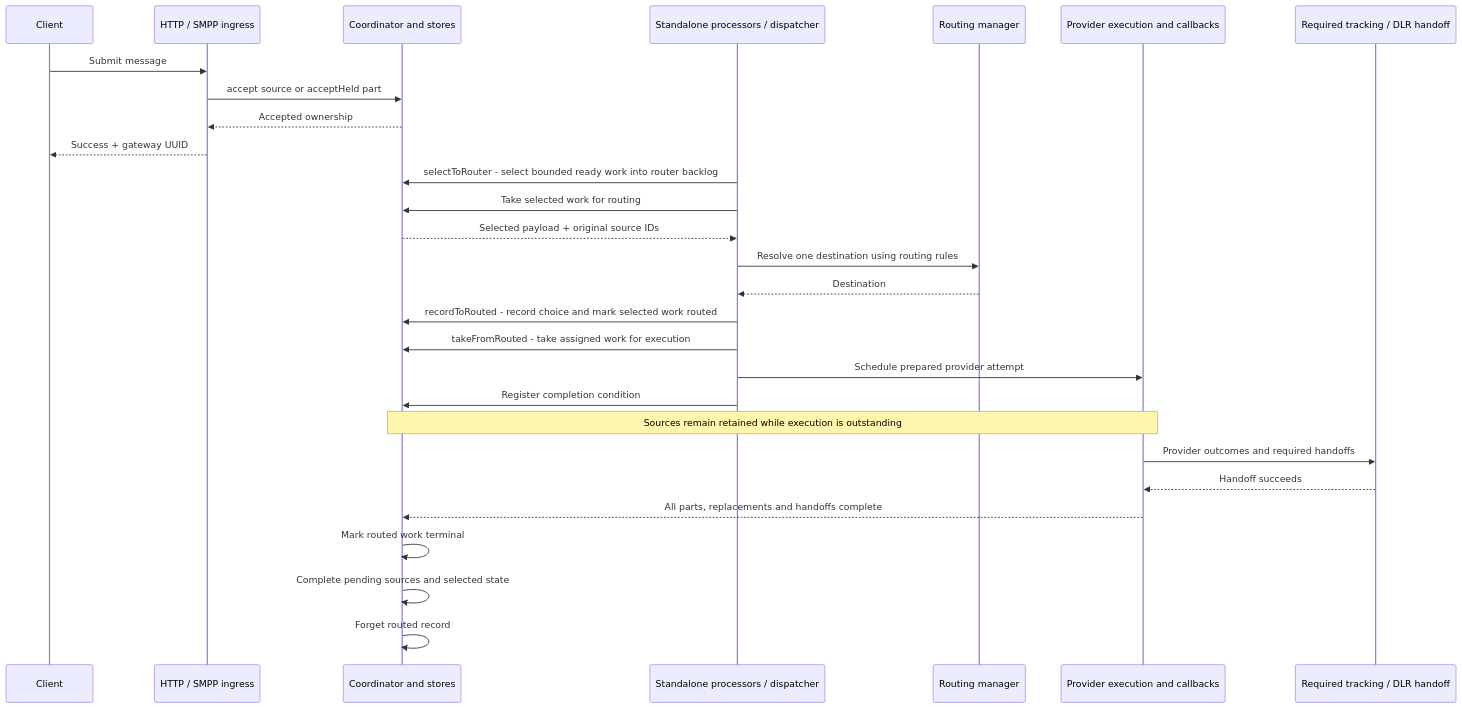
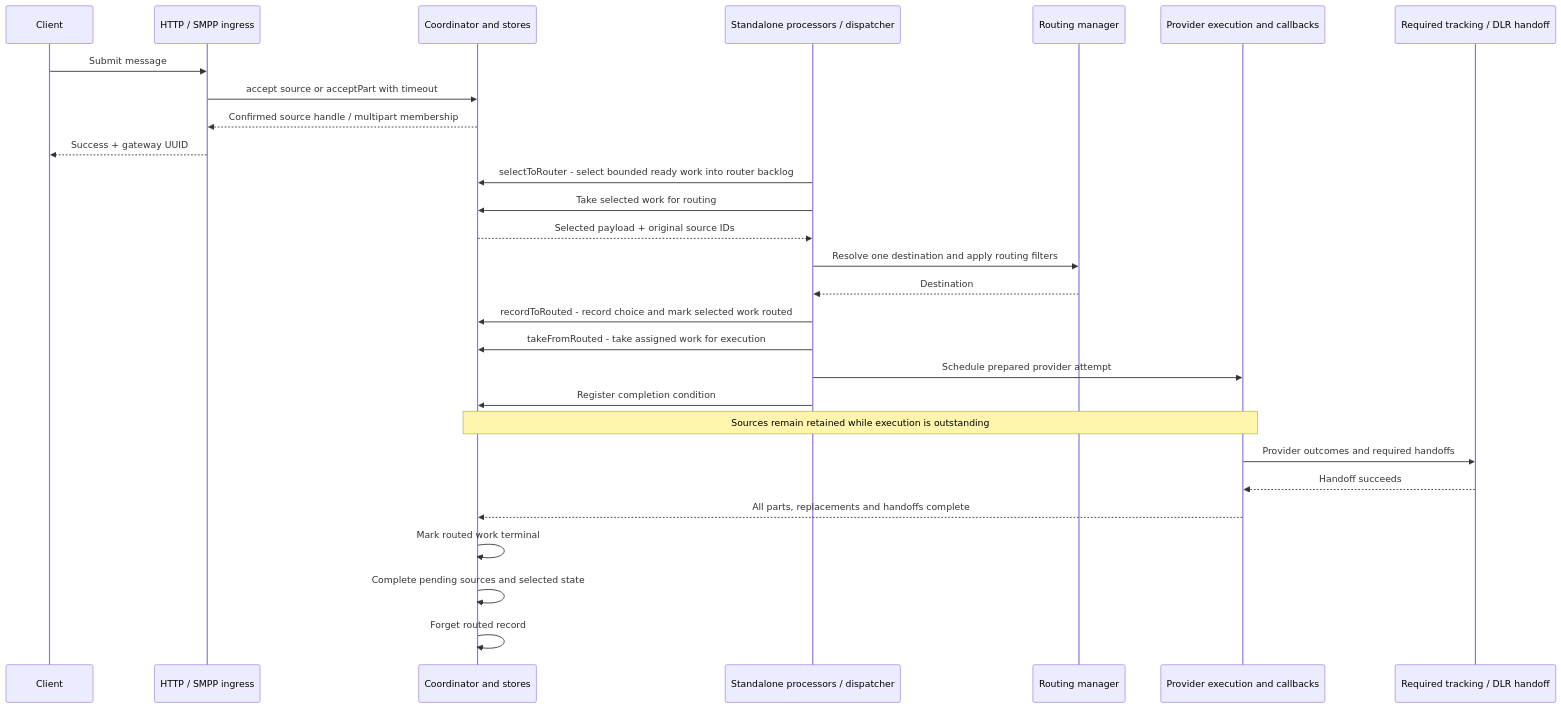
Before and after one commit to cytechmobile/sendium: the third of 5 diagrams in docs/14-outbound-storage.md, drawn with Mermaid. The commit also changed other lines of this file and 37 other files, not shown here.

````diff
--- a/docs/14-outbound-storage.md
+++ b/docs/14-outbound-storage.md
@@ -91,30 +113,30 @@
 ```mermaid
 sequenceDiagram
     participant Client
     participant Ingress as HTTP / SMPP ingress
     participant C as Coordinator and stores
     participant D as Standalone processors / dispatcher
     participant R as Routing manager
     participant P as Provider execution and callbacks
     participant H as Required tracking / DLR handoff
     Client->>Ingress: Submit message
-    Ingress->>C: accept source or acceptHeld part
-    C-->>Ingress: Accepted ownership
+    Ingress->>C: accept source or acceptPart with timeout
+    C-->>Ingress: Confirmed source handle / multipart membership
     Ingress-->>Client: Success + gateway UUID
     D->>C: selectToRouter - select bounded ready work into router backlog
     D->>C: Take selected work for routing
     C-->>D: Selected payload + original source IDs
-    D->>R: Resolve one destination using routing rules
+    D->>R: Resolve one destination and apply routing filters
     R-->>D: Destination
     D->>C: recordToRouted - record choice and mark selected work routed
     D->>C: takeFromRouted - take assigned work for execution
     D->>P: Schedule prepared provider attempt
     D->>C: Register completion condition
     Note over C,P: Sources remain retained while execution is outstanding
     P->>H: Provider outcomes and required handoffs
     H-->>P: Handoff succeeds
     P-->>C: All parts, replacements and handoffs complete
     C->>C: Mark routed work terminal
     C->>C: Complete pending sources and selected state
     C->>C: Forget routed record
 ```
````
